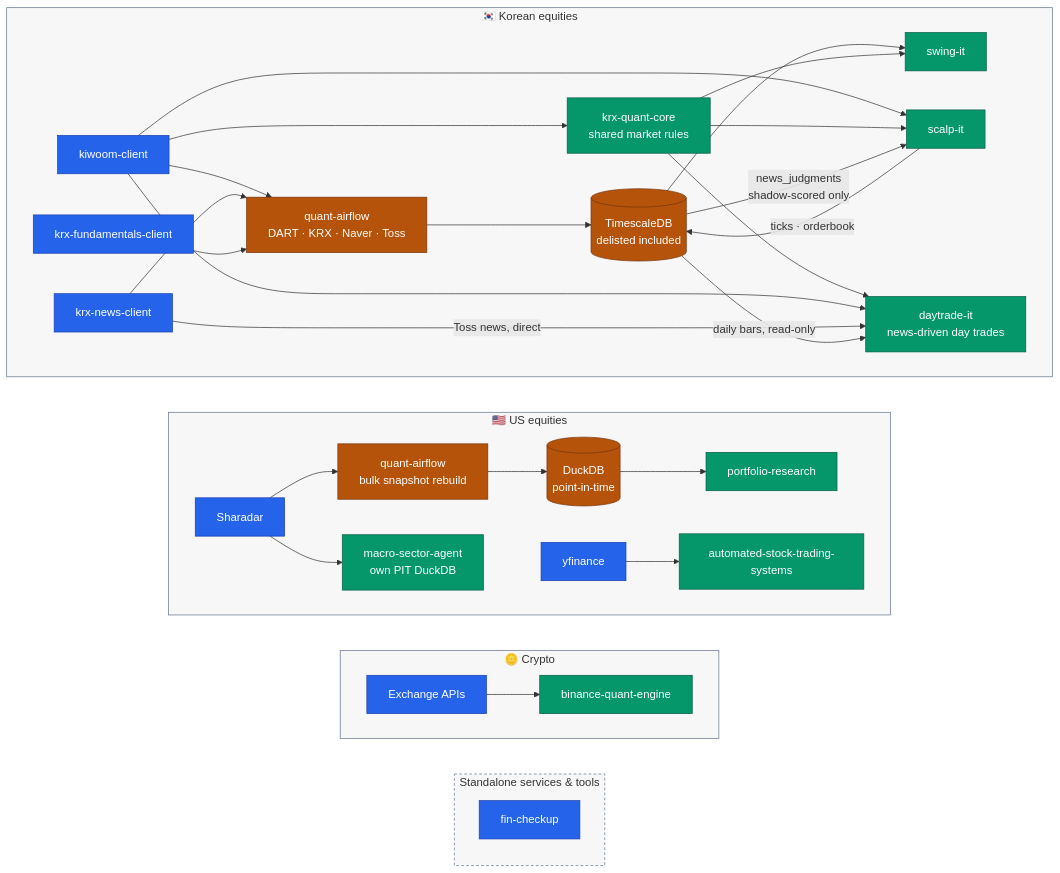
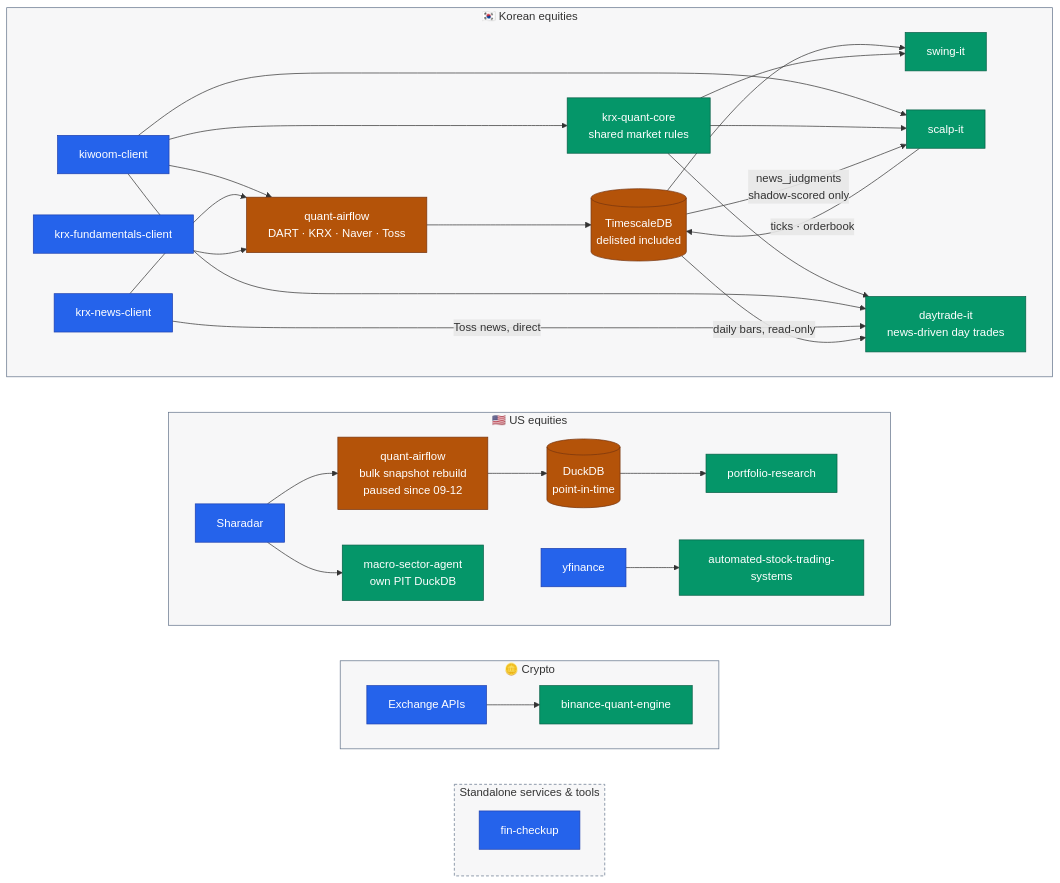
Before and after one commit to younghwan91/younghwan91: the first of 3 diagrams in README.md, drawn with Mermaid. The commit also changed other lines of this file and 1 other file, not shown here.

First line of the commit message:
docs(readme): 09-14~16 변경 반영 — Sharadar 중단, krx-quant-core 0.4, daytrade-it 5종목, CI 게이트 동기화

````diff
--- a/README.md
+++ b/README.md
@@ -21,52 +21,52 @@
 ```mermaid
 flowchart TB
     subgraph KR ["🇰🇷 Korean equities"]
         direction LR
         K["kiwoom-client"] --> AF["quant-airflow<br/>DART · KRX · Naver · Toss"] --> DB[("TimescaleDB<br/>delisted included")] --> Q["swing-it"]
         NW["krx-news-client"] --> AF
         F["krx-fundamentals-client"] --> AF
         K --> SC["scalp-it"]
         KC["krx-quant-core<br/>shared market rules"] --> SC
         KC --> KSIG
         KC --> Q
         K --> KC
         SC -- "ticks · orderbook" --> DB
         DB -- "news_judgments<br/>shadow-scored only" --> SC
         K --> KSIG["daytrade-it<br/>news-driven day trades"]
         NW -- "Toss news, direct" --> KSIG
         DB -- "daily bars, read-only" --> KSIG
     end
 
     subgraph US ["🇺🇸 US equities"]
         direction LR
-        SH["Sharadar"] --> AFU["quant-airflow<br/>bulk snapshot rebuild"] --> DD[("DuckDB<br/>point-in-time")] --> O["portfolio-research"]
+        SH["Sharadar"] --> AFU["quant-airflow<br/>bulk snapshot rebuild<br/>paused since 09-12"] --> DD[("DuckDB<br/>point-in-time")] --> O["portfolio-research"]
         SH --> MS["macro-sector-agent<br/>own PIT DuckDB"]
         YF["yfinance"] --> AT["automated-stock-trading-systems"]
     end
 
     subgraph CX ["🪙 Crypto"]
         direction LR
         EX["Exchange APIs"] --> CR["binance-quant-engine"]
     end
 
     subgraph SVC ["Standalone services & tools"]
         direction TB
         FC["fin-checkup"]
     end
 
     %% 세로 정렬용 — `~~~` 는 그 자체로 보이지 않는 링크다(linkStyle 불필요).
     KR ~~~ US ~~~ CX ~~~ SVC
 
     classDef source fill:#2563EB,stroke:#1E40AF,color:#FFFFFF
     classDef move   fill:#B45309,stroke:#78350F,color:#FFFFFF
     classDef out    fill:#059669,stroke:#065F46,color:#FFFFFF
 
     class K,SH,YF,EX,F,NW,FC source
     class AF,AFU,DB,DD move
     class Q,O,AT,CR,SC,MS,KSIG,KC out
 
     style KR  fill:#0F172A08,stroke:#64748B
     style US  fill:#0F172A08,stroke:#64748B
     style CX  fill:#0F172A08,stroke:#64748B
     style SVC fill:#0F172A08,stroke:#64748B,stroke-dasharray:4 3
 ```
````
